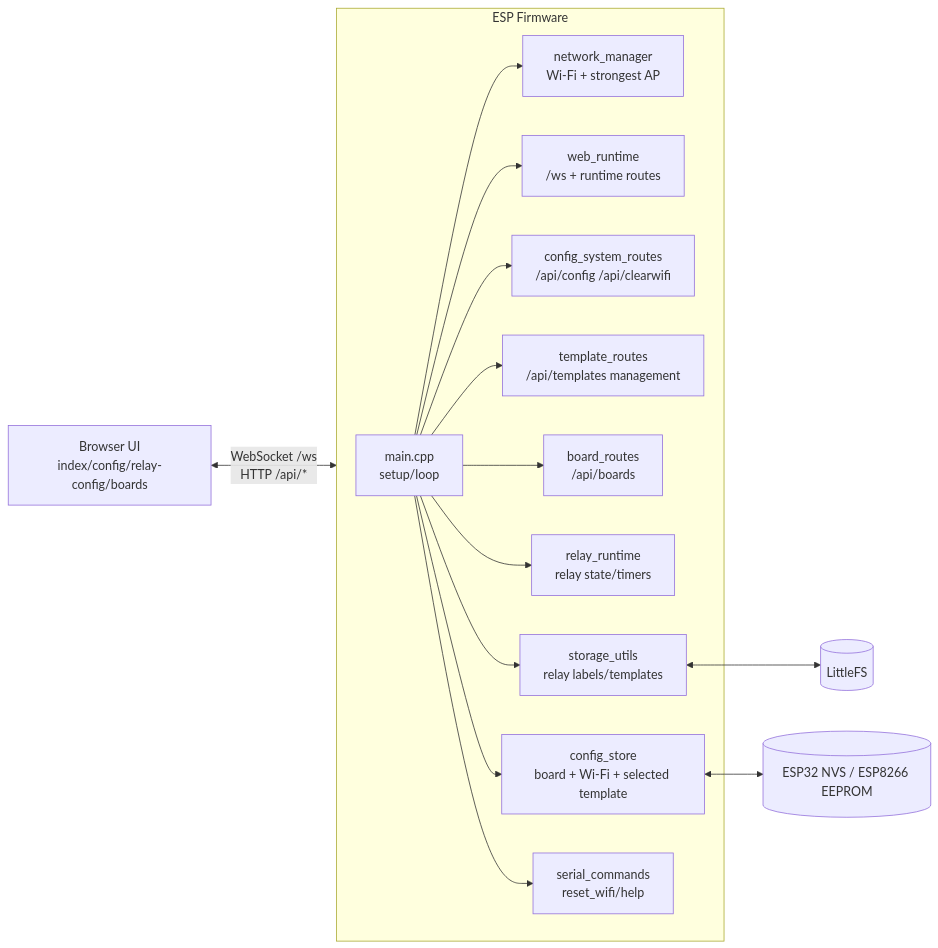
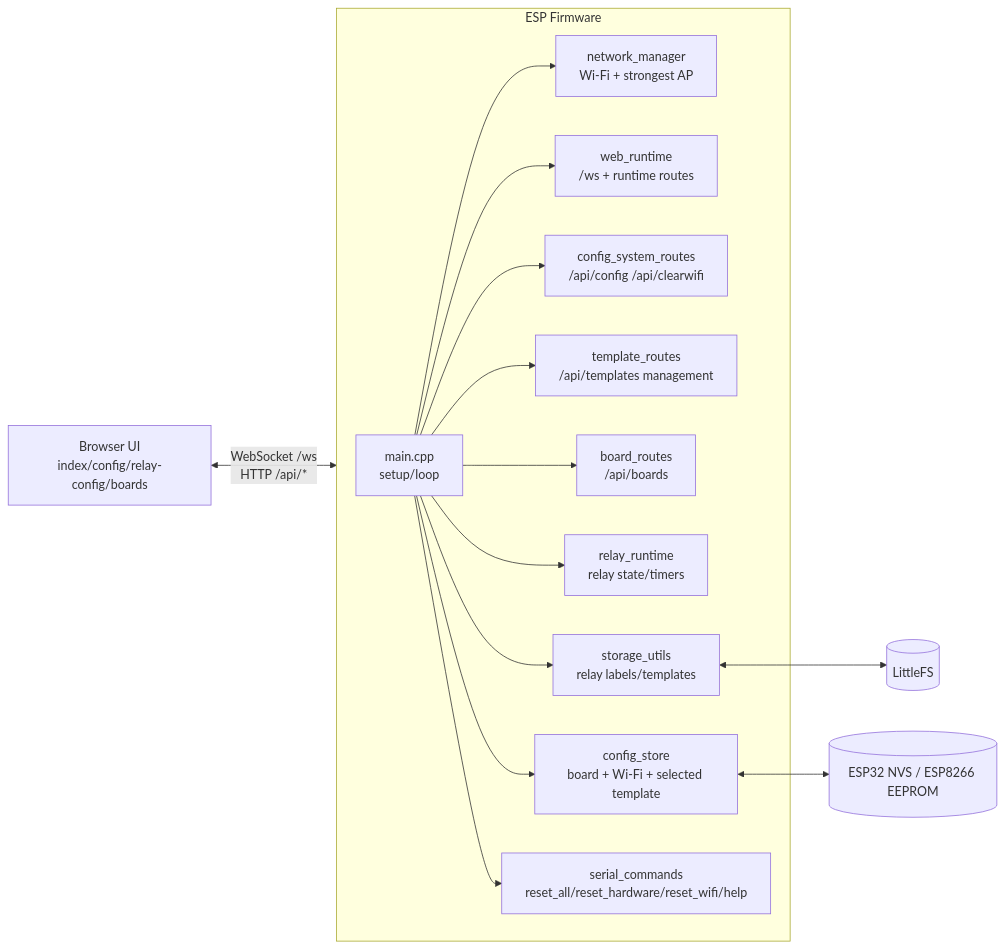
The first of 2 diagrams in README.md (Helix70/ESP8266_Relay_Websockets), drawn with Mermaid before and after one commit. The commit also changed other lines of this file and 22 other files, not shown here.

````diff
--- a/README.md
+++ b/README.md
@@ -31,30 +31,30 @@
 ```mermaid
 flowchart LR
   U[Browser UI\nindex/config/relay-config/boards] <-->|WebSocket /ws\nHTTP /api/*| FW[Device Firmware]
 
   subgraph FW [ESP Firmware]
     MAIN[main.cpp\nsetup/loop]
     NET[network_manager\nWi-Fi + strongest AP]
     WEB[web_runtime\n/ws + runtime routes]
     CFG[config_system_routes\n/api/config /api/clearwifi]
     TPL[template_routes\n/api/templates management]
     BRD[board_routes\n/api/boards]
     REL[relay_runtime\nrelay state/timers]
     STO[storage_utils\nrelay labels/templates]
     CST[config_store\nboard + Wi-Fi + selected template]
-    SER[serial_commands\nreset_wifi/help]
+    SER[serial_commands\nreset_all/reset_hardware/reset_wifi/help]
   end
 
   MAIN --> NET
   MAIN --> WEB
   MAIN --> CFG
   MAIN --> TPL
   MAIN --> BRD
   MAIN --> REL
   MAIN --> STO
   MAIN --> CST
   MAIN --> SER
 
   STO <--> FS[(LittleFS)]
   CST <--> CFGS[(ESP32 NVS / ESP8266 EEPROM)]
 ```
````
